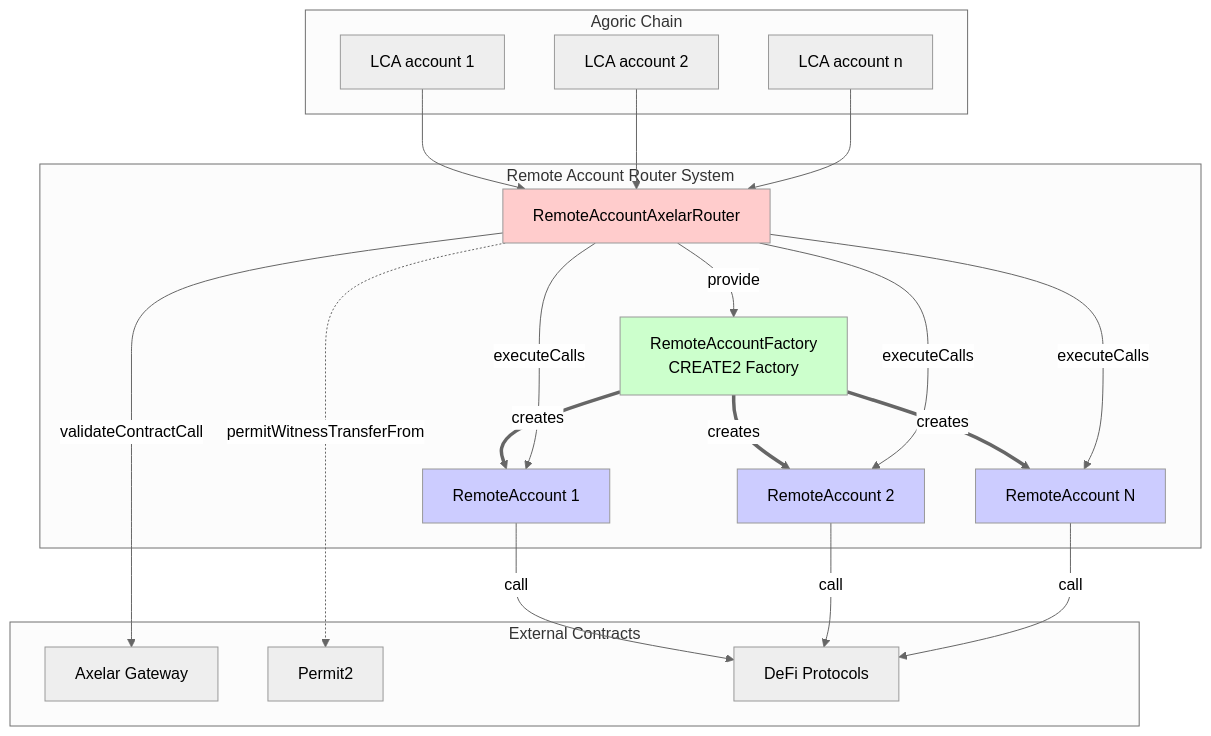
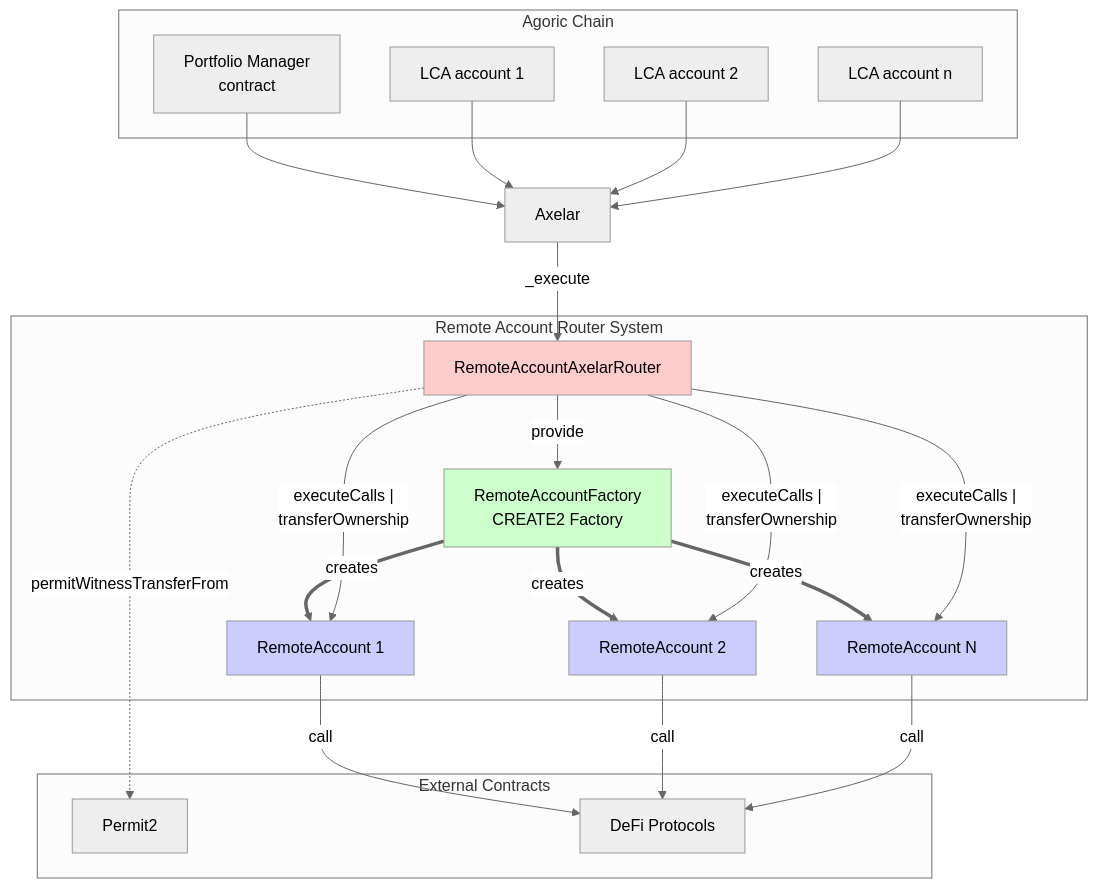
The second of 8 diagrams in packages/axelar-local-dev-cosmos/src/contracts/design.md (agoric-labs/agoric-to-axelar-local), drawn with Mermaid (neutral theme) before and after one commit. The commit also changed other lines of this file, not shown here.

Commit message:
Update diagrams for #65

````diff
--- a/packages/axelar-local-dev-cosmos/src/contracts/design.md
+++ b/packages/axelar-local-dev-cosmos/src/contracts/design.md
@@ -43,44 +43,47 @@
 ```mermaid
 graph TB
     subgraph "Agoric Chain"
+        YMAX[Portfolio Manager<br>contract]
         LCA1[LCA account 1]
         LCA2[LCA account 2]
         LCAn[LCA account n]
     end
+    
+    AXL[Axelar]
     
     subgraph "Remote Account Router System"
         PR[RemoteAccountAxelarRouter]
         RAF[RemoteAccountFactory<br/>CREATE2 Factory]
         RA1[RemoteAccount 1]
         RA2[RemoteAccount 2]
         RAn[RemoteAccount N]
     end
     
     subgraph "External Contracts"
-        AXL[Axelar Gateway]
         P2[Permit2]
         PROTO[DeFi Protocols]
     end
     
-    LCA1 --> PR
-    LCA2 --> PR
-    LCAn --> PR
-    PR --> |validateContractCall| AXL
+    YMAX --> AXL
+    LCA1 --> AXL
+    LCA2 --> AXL
+    LCAn --> AXL
+    AXL -->|_execute| PR
     PR -->|provide| RAF
     RAF ==>|creates| RA1
     RAF ==>|creates| RA2
     RAF ==>|creates| RAn
-    PR -->|executeCalls| RA1
-    PR -->|executeCalls| RA2
-    PR -->|executeCalls| RAn
+    PR -->|"executeCalls |<br>transferOwnership"| RA1
+    PR -->|"executeCalls |<br>transferOwnership"| RA2
+    PR -->|"executeCalls |<br>transferOwnership"| RAn
     PR -.->|permitWitnessTransferFrom| P2
     RA1 -->|call| PROTO
     RA2 -->|call| PROTO
     RAn -->|call| PROTO
     
     style PR fill:#ffcccc
     style RAF fill:#ccffcc
     style RA1 fill:#ccccff
     style RA2 fill:#ccccff
     style RAn fill:#ccccff
 ```
````
